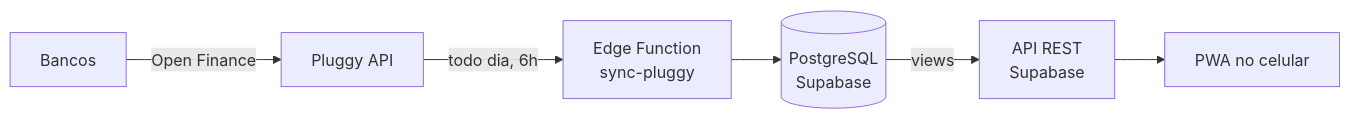
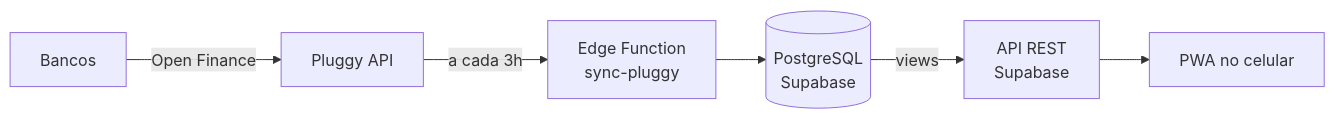
One commit to HeyDouglas02/Finance-Automation changed the diagram in README.md. Above: the diagram before and after it, drawn with Mermaid. The commit also changed other lines of this file and 2 other files, not shown here.

Commit message:
Sincronização a cada 3 horas

````diff
--- a/README.md
+++ b/README.md
@@ -27,8 +27,8 @@
 ```mermaid
 flowchart LR
   B[Bancos] -- Open Finance --> P[Pluggy API]
-  P -- todo dia, 6h --> F[Edge Function<br/>sync-pluggy]
+  P -- a cada 3h --> F[Edge Function<br/>sync-pluggy]
   F --> DB[(PostgreSQL<br/>Supabase)]
   DB -- views --> API[API REST<br/>Supabase]
   API --> APP[PWA no celular]
 ```
````
